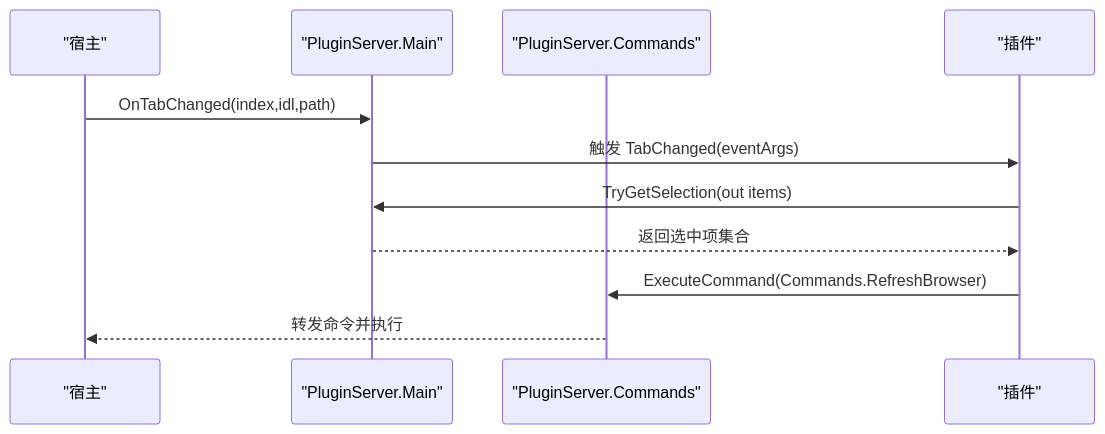
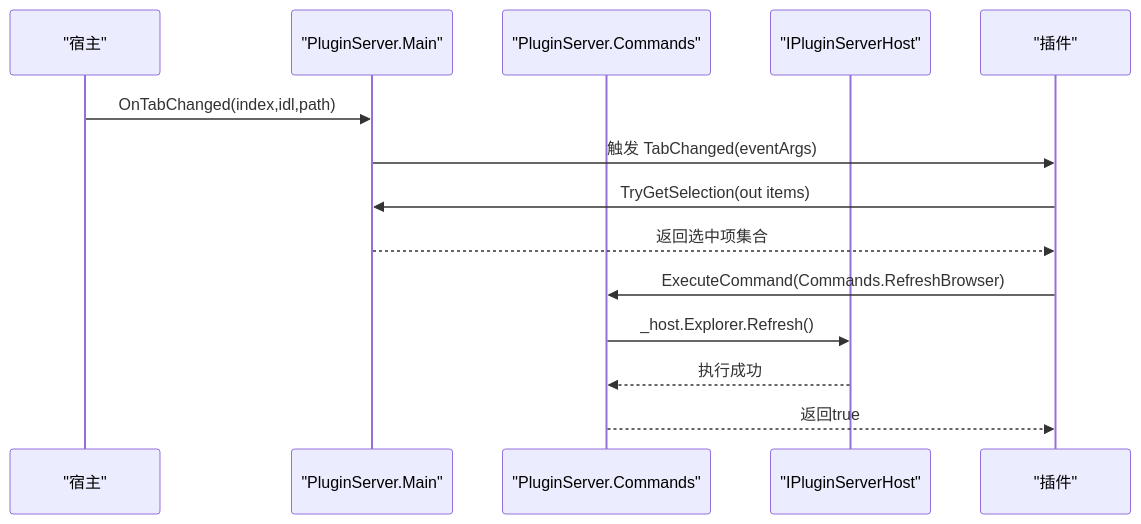
The fifth of 8 diagrams in .qoder/repowiki/zh/content/架构设计/插件架构设计.md (rainiva/QTTabBar-Next), drawn with Mermaid before and after one commit. The commit also changed other lines of this file and 415 other files, not shown here.

````diff
--- a/.qoder/repowiki/zh/content/架构设计/插件架构设计.md
+++ b/.qoder/repowiki/zh/content/架构设计/插件架构设计.md
@@ -323,13 +352,16 @@
 ```mermaid
 sequenceDiagram
 participant Host as "宿主"
 participant PS_Main as "PluginServer.Main"
 participant PS_Cmd as "PluginServer.Commands"
+participant HostInterface as "IPluginServerHost"
 participant PL as "插件"
 Host->>PS_Main : OnTabChanged(index,idl,path)
 PS_Main->>PL : 触发 TabChanged(eventArgs)
 PL->>PS_Main : TryGetSelection(out items)
 PS_Main-->>PL : 返回选中项集合
 PL->>PS_Cmd : ExecuteCommand(Commands.RefreshBrowser)
-PS_Cmd-->>Host : 转发命令并执行
+PS_Cmd->>HostInterface : _host.Explorer.Refresh()
+HostInterface-->>PS_Cmd : 执行成功
+PS_Cmd-->>PL : 返回true
 ```
````
